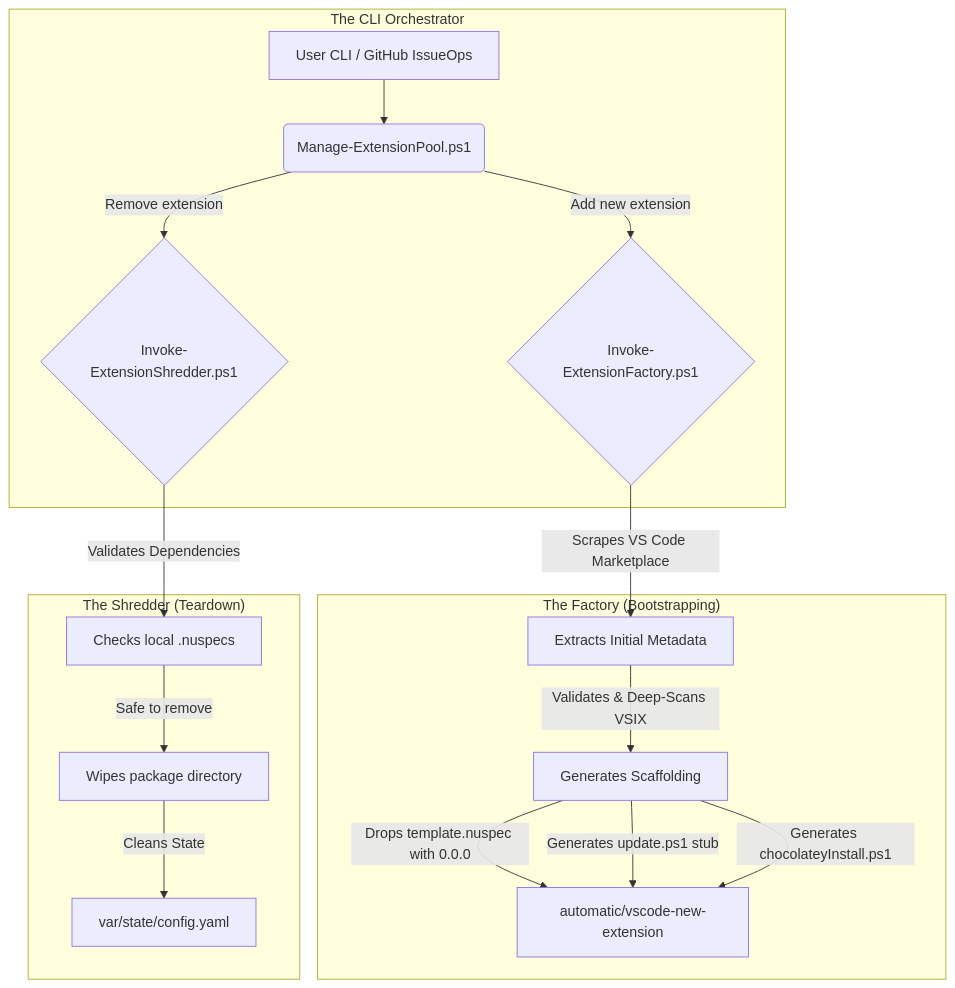
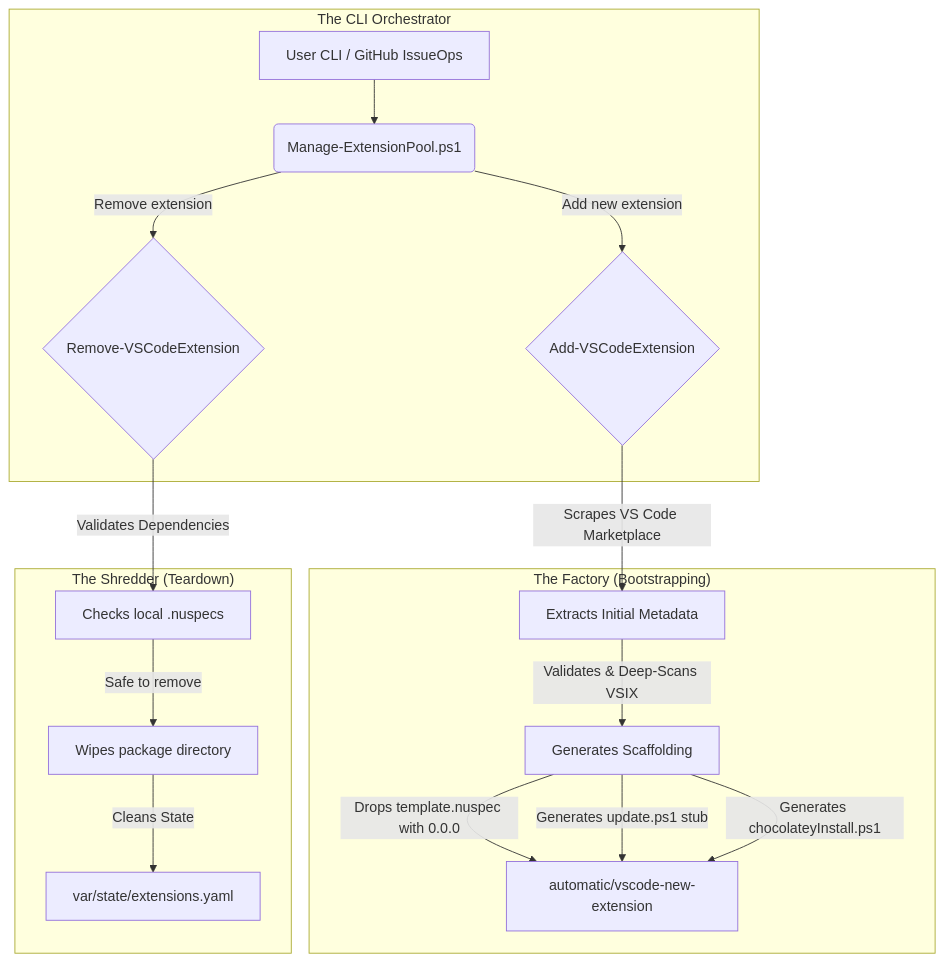
One commit to philippeganz/chocolatey-vscode-extensions changed the first of 2 diagrams in docs/architecture.md. Above: the diagram before and after it, drawn with Mermaid. The commit also changed other lines of this file and 2 other files, not shown here.

````diff
--- a/docs/architecture.md
+++ b/docs/architecture.md
@@ -15,22 +15,22 @@
 ```mermaid
 flowchart TD
     subgraph "The CLI Orchestrator"
         A["User CLI / GitHub IssueOps"] --> B("Manage-ExtensionPool.ps1")
-        B -->|Add new extension| C{"Invoke-ExtensionFactory.ps1"}
-        B -->|Remove extension| Z{"Invoke-ExtensionShredder.ps1"}
+        B -->|Add new extension| C{"Add-VSCodeExtension"}
+        B -->|Remove extension| Z{"Remove-VSCodeExtension"}
     end
 
     subgraph "The Factory (Bootstrapping)"
         C -->|Scrapes VS Code Marketplace| D["Extracts Initial Metadata"]
         D -->|Validates & Deep-Scans VSIX| E["Generates Scaffolding"]
         E -->|Drops template.nuspec with 0.0.0| F["automatic/vscode-new-extension"]
         E -->|Generates update.ps1 stub| F
         E -->|Generates chocolateyInstall.ps1| F
     end
 
     subgraph "The Shredder (Teardown)"
         Z -->|Validates Dependencies| Y["Checks local .nuspecs"]
         Y -->|Safe to remove| X["Wipes package directory"]
-        X -->|Cleans State| W["var/state/config.yaml"]
+        X -->|Cleans State| W["var/state/extensions.yaml"]
     end
 ```
````
